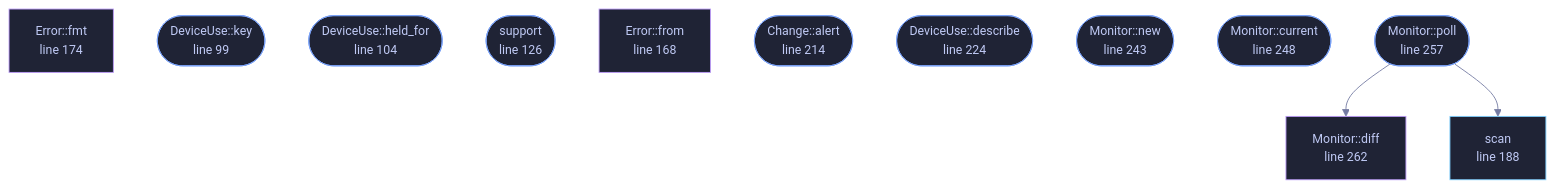
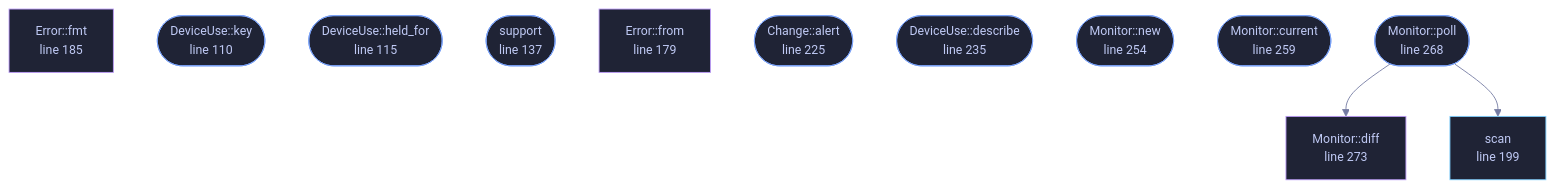
The diagram in wiki/File-veilvoice-watch-lib.md (tilas01/veilvoice), drawn with Mermaid before and after one commit. The commit also changed other lines of this file and 550 other files, not shown here.

````diff
--- a/wiki/File-veilvoice-watch-lib.md
+++ b/wiki/File-veilvoice-watch-lib.md
@@ -93,38 +93,38 @@
 ```mermaid
 %%{init: {"theme":"base","themeVariables":{"background":"#1a1b26","primaryColor":"#1f2335","primaryTextColor":"#c0caf5","primaryBorderColor":"#7aa2f7","secondaryColor":"#16161e","tertiaryColor":"#16161e","lineColor":"#737aa2","textColor":"#c0caf5","mainBkg":"#1f2335","nodeBorder":"#7aa2f7","clusterBkg":"#16161e","clusterBorder":"#2f3549","fontFamily":"ui-monospace, SFMono-Regular, Consolas, monospace","fontSize":"14px"}}}%%
 flowchart TD
-    n_fmt["DeviceKind::fmt<br/>line 68"]
-    n_key(["DeviceUse::key<br/>line 99"])
-    n_held_for(["DeviceUse::held_for<br/>line 104"])
-    n_support(["support<br/>line 126"])
-    n_from["Error::from<br/>line 168"]
-    n_fmt["Error::fmt<br/>line 174"]
-    n_scan["scan<br/>line 188"]
-    n_alert(["Change::alert<br/>line 214"])
-    n_describe(["DeviceUse::describe<br/>line 224"])
-    n_new(["Monitor::new<br/>line 243"])
-    n_current(["Monitor::current<br/>line 248"])
-    n_poll(["Monitor::poll<br/>line 257"])
-    n_diff["Monitor::diff<br/>line 262"]
+    n_fmt["DeviceKind::fmt<br/>line 79"]
+    n_key(["DeviceUse::key<br/>line 110"])
+    n_held_for(["DeviceUse::held_for<br/>line 115"])
+    n_support(["support<br/>line 137"])
+    n_from["Error::from<br/>line 179"]
+    n_fmt["Error::fmt<br/>line 185"]
+    n_scan["scan<br/>line 199"]
+    n_alert(["Change::alert<br/>line 225"])
+    n_describe(["DeviceUse::describe<br/>line 235"])
+    n_new(["Monitor::new<br/>line 254"])
+    n_current(["Monitor::current<br/>line 259"])
+    n_poll(["Monitor::poll<br/>line 268"])
+    n_diff["Monitor::diff<br/>line 273"]
     n_poll --> n_diff
     n_poll --> n_scan
-    click n_fmt href "https://github.com/tilas01/veilvoice/blob/main/crates/veilvoice-watch/src/lib.rs#L68" "open the source"
-    click n_key href "https://github.com/tilas01/veilvoice/blob/main/crates/veilvoice-watch/src/lib.rs#L99" "open the source"
-    click n_held_for href "https://github.com/tilas01/veilvoice/blob/main/crates/veilvoice-watch/src/lib.rs#L104" "open the source"
-    click n_support href "https://github.com/tilas01/veilvoice/blob/main/crates/veilvoice-watch/src/lib.rs#L126" "open the source"
-    click n_from href "https://github.com/tilas01/veilvoice/blob/main/crates/veilvoice-watch/src/lib.rs#L168" "open the source"
-    click n_fmt href "https://github.com/tilas01/veilvoice/blob/main/crates/veilvoice-watch/src/lib.rs#L174" "open the source"
-    click n_scan href "https://github.com/tilas01/veilvoice/blob/main/crates/veilvoice-watch/src/lib.rs#L188" "open the source"
-    click n_alert href "https://github.com/tilas01/veilvoice/blob/main/crates/veilvoice-watch/src/lib.rs#L214" "open the source"
-    click n_describe href "https://github.com/tilas01/veilvoice/blob/main/crates/veilvoice-watch/src/lib.rs#L224" "open the source"
-    click n_new href "https://github.com/tilas01/veilvoice/blob/main/crates/veilvoice-watch/src/lib.rs#L243" "open the source"
-    click n_current href "https://github.com/tilas01/veilvoice/blob/main/crates/veilvoice-watch/src/lib.rs#L248" "open the source"
-    click n_poll href "https://github.com/tilas01/veilvoice/blob/main/crates/veilvoice-watch/src/lib.rs#L257" "open the source"
-    click n_diff href "https://github.com/tilas01/veilvoice/blob/main/crates/veilvoice-watch/src/lib.rs#L262" "open the source"
+    click n_fmt href "https://github.com/tilas01/veilvoice/blob/main/crates/veilvoice-watch/src/lib.rs#L79" "open the source"
+    click n_key href "https://github.com/tilas01/veilvoice/blob/main/crates/veilvoice-watch/src/lib.rs#L110" "open the source"
+    click n_held_for href "https://github.com/tilas01/veilvoice/blob/main/crates/veilvoice-watch/src/lib.rs#L115" "open the source"
+    click n_support href "https://github.com/tilas01/veilvoice/blob/main/crates/veilvoice-watch/src/lib.rs#L137" "open the source"
+    click n_from href "https://github.com/tilas01/veilvoice/blob/main/crates/veilvoice-watch/src/lib.rs#L179" "open the source"
+    click n_fmt href "https://github.com/tilas01/veilvoice/blob/main/crates/veilvoice-watch/src/lib.rs#L185" "open the source"
+    click n_scan href "https://github.com/tilas01/veilvoice/blob/main/crates/veilvoice-watch/src/lib.rs#L199" "open the source"
+    click n_alert href "https://github.com/tilas01/veilvoice/blob/main/crates/veilvoice-watch/src/lib.rs#L225" "open the source"
+    click n_describe href "https://github.com/tilas01/veilvoice/blob/main/crates/veilvoice-watch/src/lib.rs#L235" "open the source"
+    click n_new href "https://github.com/tilas01/veilvoice/blob/main/crates/veilvoice-watch/src/lib.rs#L254" "open the source"
+    click n_current href "https://github.com/tilas01/veilvoice/blob/main/crates/veilvoice-watch/src/lib.rs#L259" "open the source"
+    click n_poll href "https://github.com/tilas01/veilvoice/blob/main/crates/veilvoice-watch/src/lib.rs#L268" "open the source"
+    click n_diff href "https://github.com/tilas01/veilvoice/blob/main/crates/veilvoice-watch/src/lib.rs#L273" "open the source"
     classDef entry fill:#1f2335,stroke:#7aa2f7,color:#c0caf5
     class n_key,n_held_for,n_support,n_alert,n_describe,n_new,n_current,n_poll entry
     classDef api fill:#1f2335,stroke:#7dcfff,color:#c0caf5
     class n_scan api
     classDef helper fill:#1f2335,stroke:#bb9af7,color:#c0caf5
     class n_fmt,n_from,n_fmt,n_diff helper
 ```
````
